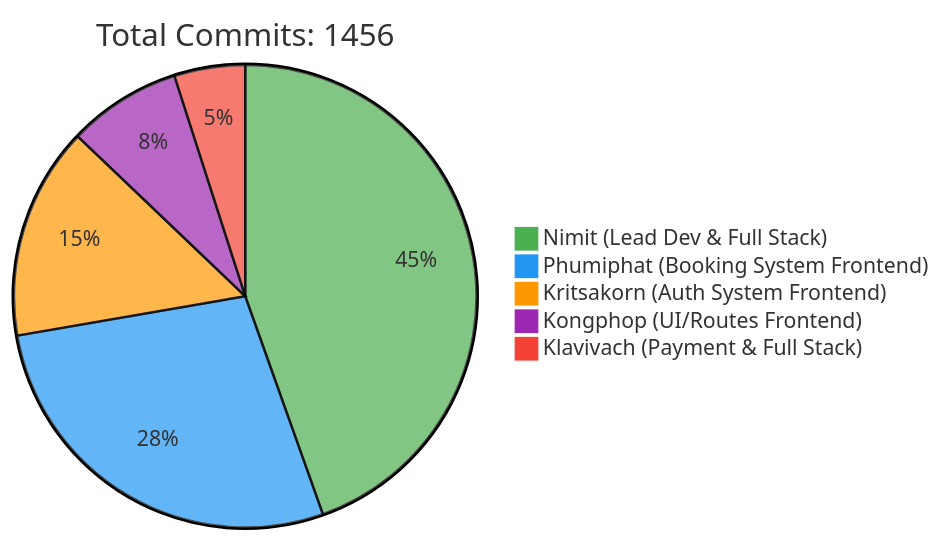
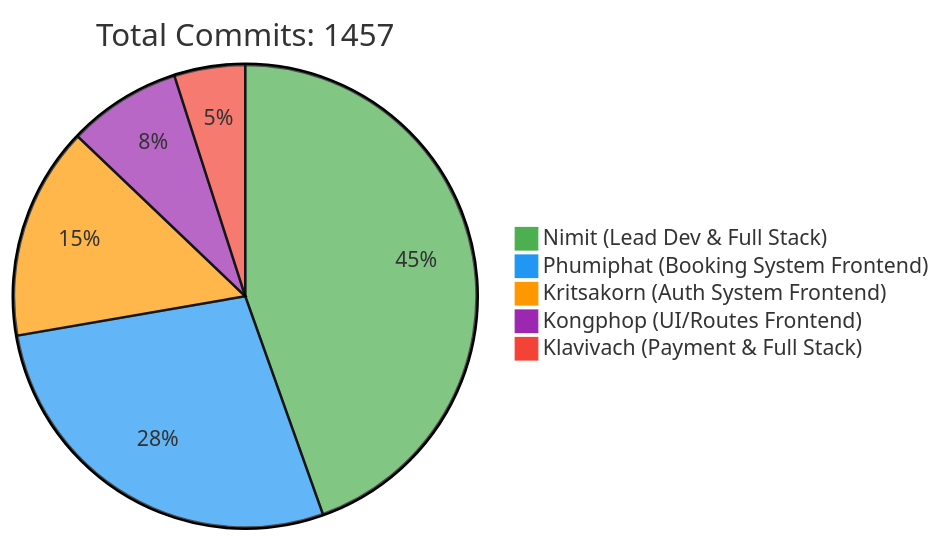
One commit to 6531503042/Sport-Complex changed the first of 2 diagrams in README.md. Above: the diagram before and after it, drawn with Mermaid. The commit also changed other lines of this file, not shown here.

Commit message:
docs: Update contributor statistics [skip ci]

````diff
--- a/README.md
+++ b/README.md
@@ -257,10 +257,10 @@
 ```mermaid
 %%{init: {'theme': 'base', 'themeVariables': { 'pie1': '#4CAF50', 'pie2': '#2196F3', 'pie3': '#FF9800', 'pie4': '#9C27B0', 'pie5': '#F44336'}}}%%
 pie
-    title Total Commits: 1456
+    title Total Commits: 1457
     "Nimit (Lead Dev & Full Stack)" : 450
     "Phumiphat (Booking System Frontend)" : 280
     "Kritsakorn (Auth System Frontend)" : 150
     "Kongphop (UI/Routes Frontend)" : 80
     "Klavivach (Payment & Full Stack)" : 50
 ```
````
